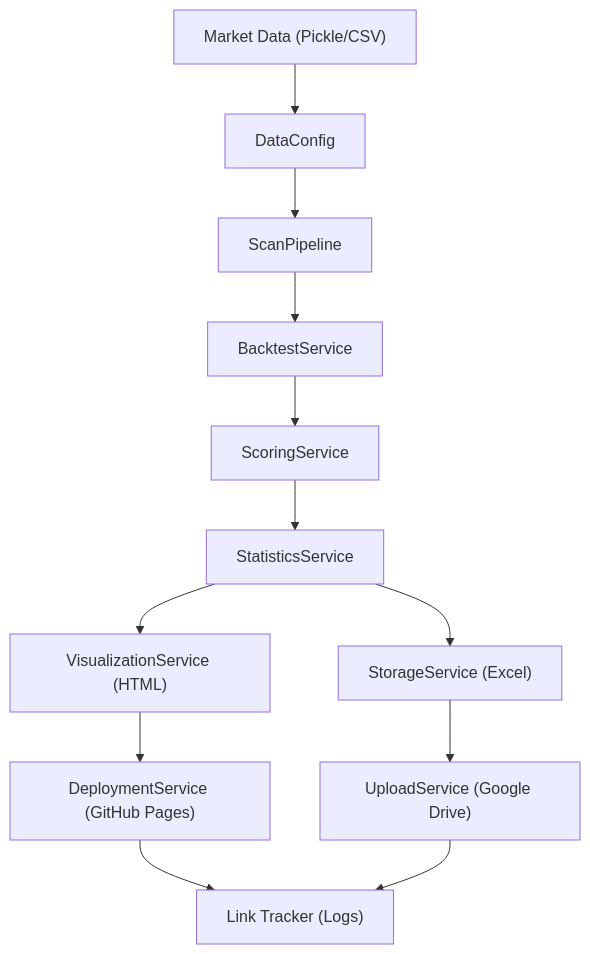
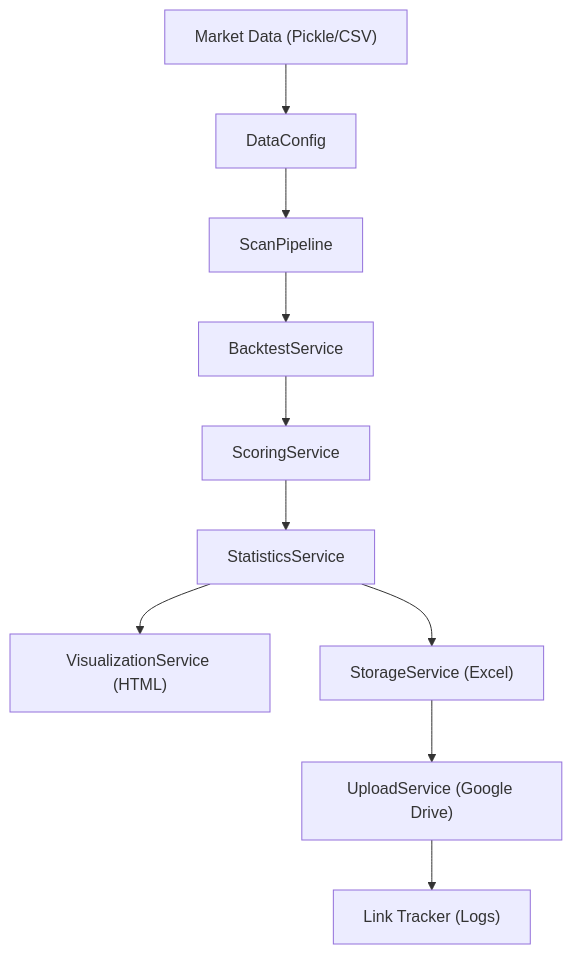
One commit to Thanhnt15/GigaAlpha changed the first of 2 diagrams in README.md. Above: the diagram before and after it, drawn with Mermaid. The commit also changed other lines of this file and 2 other files, not shown here.

Commit message:
docs: update architecture to reflect removal of GitHub Pages synchronization

````diff
--- a/README.md
+++ b/README.md
@@ -32,18 +32,16 @@
 ```mermaid
 flowchart TD
     A["Market Data (Pickle/CSV)"] --> B["DataConfig"]
     B --> C["ScanPipeline"]
     
     C --> D["BacktestService"]
     D --> E["ScoringService"]
     E --> F["StatisticsService"]
     
     F --> G["VisualizationService (HTML)"]
     F --> H["StorageService (Excel)"]
     
-    G --> I["DeploymentService (GitHub Pages)"]
     H --> J["UploadService (Google Drive)"]
     
-    I --> K["Link Tracker (Logs)"]
-    J --> K
+    J --> K["Link Tracker (Logs)"]
 ```
````
